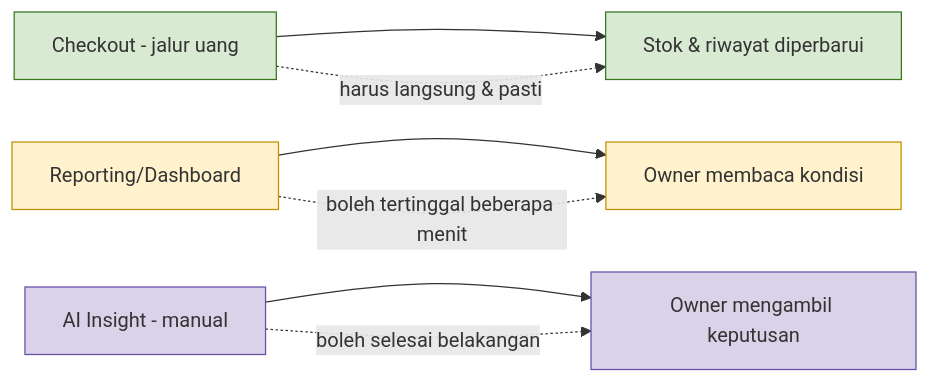
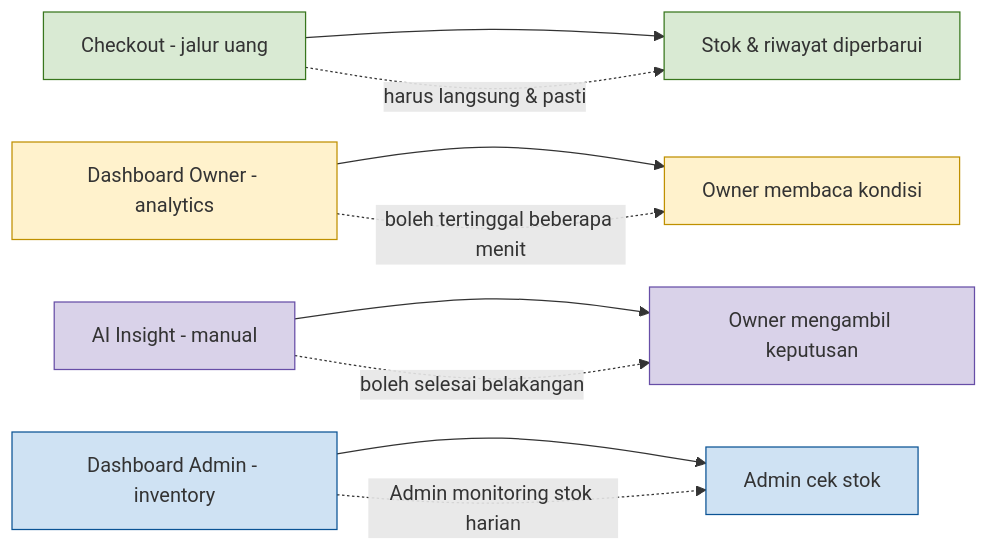
One commit to TeamOneee/pos-project-be changed the second of 21 diagrams in docs/system-flow.md. Above: the diagram before and after it, drawn with Mermaid. The commit also changed other lines of this file and 9 other files, not shown here.

````diff
--- a/docs/system-flow.md
+++ b/docs/system-flow.md
@@ -49,14 +64,17 @@
 ```mermaid
 flowchart LR
     A[Checkout - jalur uang]:::ops --> B[Stok & riwayat diperbarui]:::ops
-    C[Reporting/Dashboard]:::info --> D[Owner membaca kondisi]:::info
+    C[Dashboard Owner - analytics]:::info --> D[Owner membaca kondisi]:::info
     E[AI Insight - manual]:::ai --> F[Owner mengambil keputusan]:::ai
+    G[Dashboard Admin - inventory]:::inv --> H[Admin cek stok]:::inv
 
     classDef ops fill:#d9ead3,stroke:#38761d
     classDef info fill:#fff2cc,stroke:#bf9000
     classDef ai fill:#d9d2e9,stroke:#674ea7
+    classDef inv fill:#cfe2f3,stroke:#0b5394
 
     A -. "harus langsung & pasti" .-> B
     C -. "boleh tertinggal beberapa menit" .-> D
     E -. "boleh selesai belakangan" .-> F
+    G -. "Admin monitoring stok harian" .-> H
 ```
````
